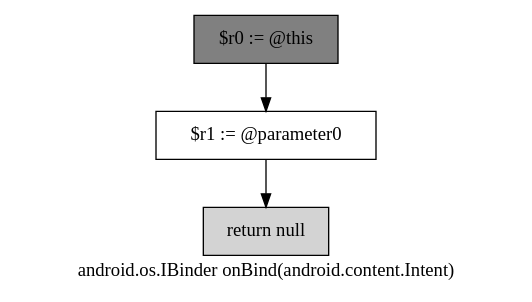
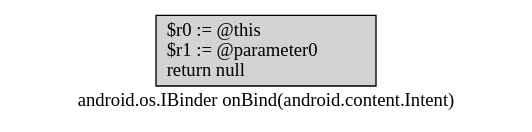
Before and after one commit to gsrishaila/summer: the diagram in soot-infoflow-android-develop/onBind.dot, drawn with Graphviz. The commit also changed 14 other files, not shown here.

```diff
--- a/soot-infoflow-android-develop/onBind.dot
+++ b/soot-infoflow-android-develop/onBind.dot
@@ -1,9 +1,5 @@
 digraph "android.os.IBinder onBind(android.content.Intent)" {
     label="android.os.IBinder onBind(android.content.Intent)";
     node [shape=box];
-    "0" [style=filled,fillcolor=gray,label="$r0 := @this",];
-    "1" [label="$r1 := @parameter0",];
-    "0"->"1";
-    "2" [style=filled,fillcolor=lightgray,label="return null",];
-    "1"->"2";
+    "0" [style=filled,fillcolor=gray,style=filled,fillcolor=lightgray,label="$r0 := @this\l$r1 := @parameter0\lreturn null\l",];
 }
```
